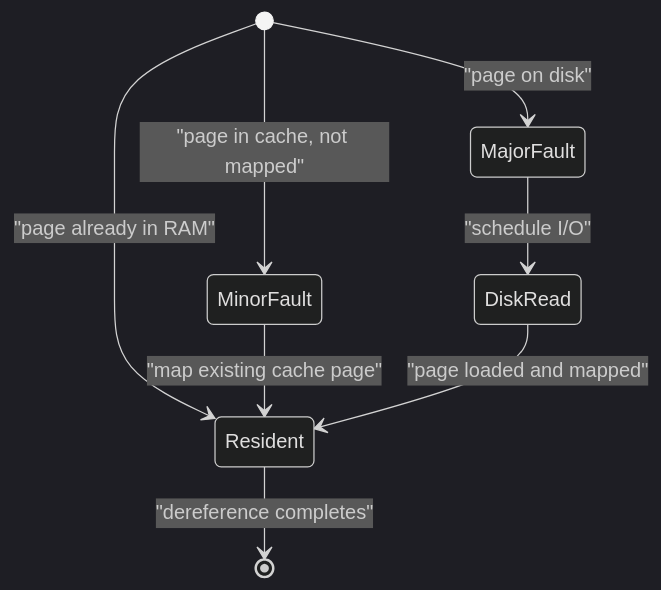
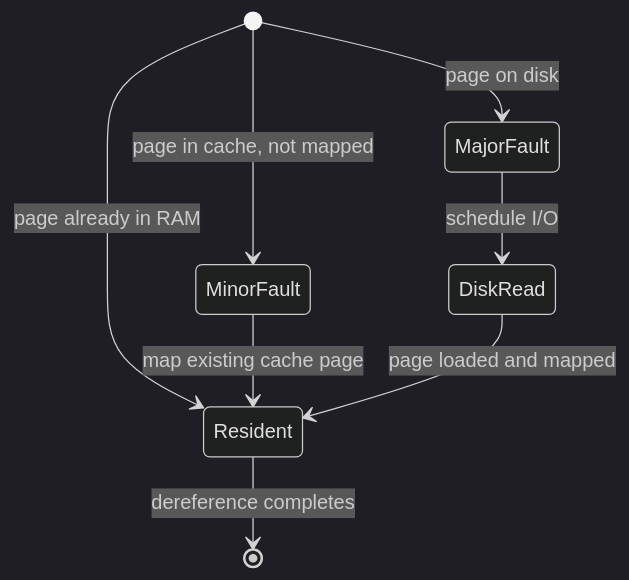
One commit to vabs/vabs.github.io changed the second of 2 diagrams in content/post/memory-mapped-files-vs-traditional-io.md. Above: the diagram before and after it, drawn with Mermaid (dark theme). The commit also changed other lines of this file and 87 other files, not shown here.

First line of the commit message:
Fix: Readable mermaid diagrams and fact-check blog posts

```diff
--- a/content/post/memory-mapped-files-vs-traditional-io.md
+++ b/content/post/memory-mapped-files-vs-traditional-io.md
@@ -100,10 +100,10 @@
 {{< mermaid >}}
 stateDiagram-v2
-  [*] --> Resident: "page already in RAM"
-  [*] --> MinorFault: "page in cache, not mapped"
-  [*] --> MajorFault: "page on disk"
-  MinorFault --> Resident: "map existing cache page"
-  MajorFault --> DiskRead: "schedule I/O"
-  DiskRead --> Resident: "page loaded and mapped"
-  Resident --> [*]: "dereference completes"
+  [*] --> Resident: page already in RAM
+  [*] --> MinorFault: page in cache, not mapped
+  [*] --> MajorFault: page on disk
+  MinorFault --> Resident: map existing cache page
+  MajorFault --> DiskRead: schedule I/O
+  DiskRead --> Resident: page loaded and mapped
+  Resident --> [*]: dereference completes
 {{< /mermaid >}}
```
